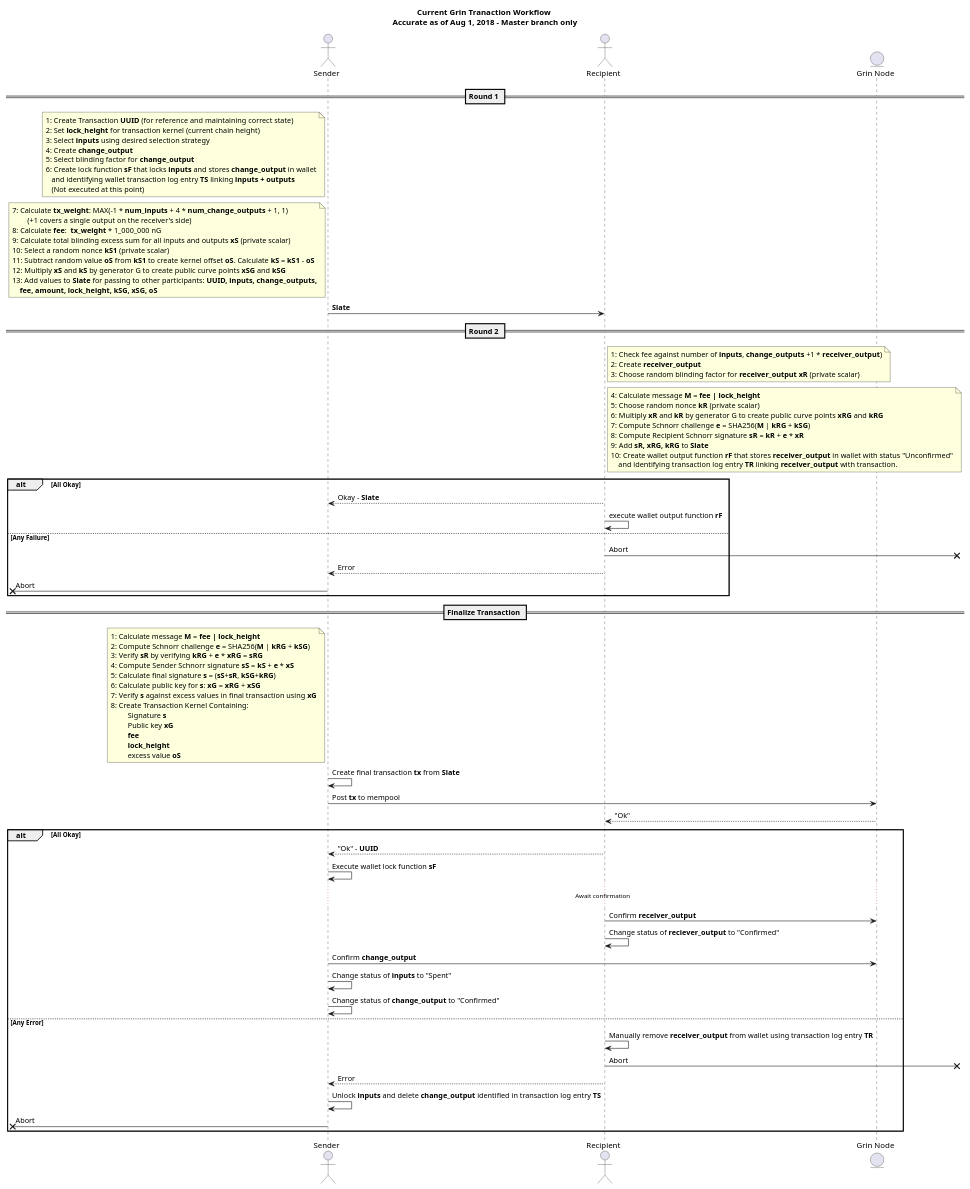
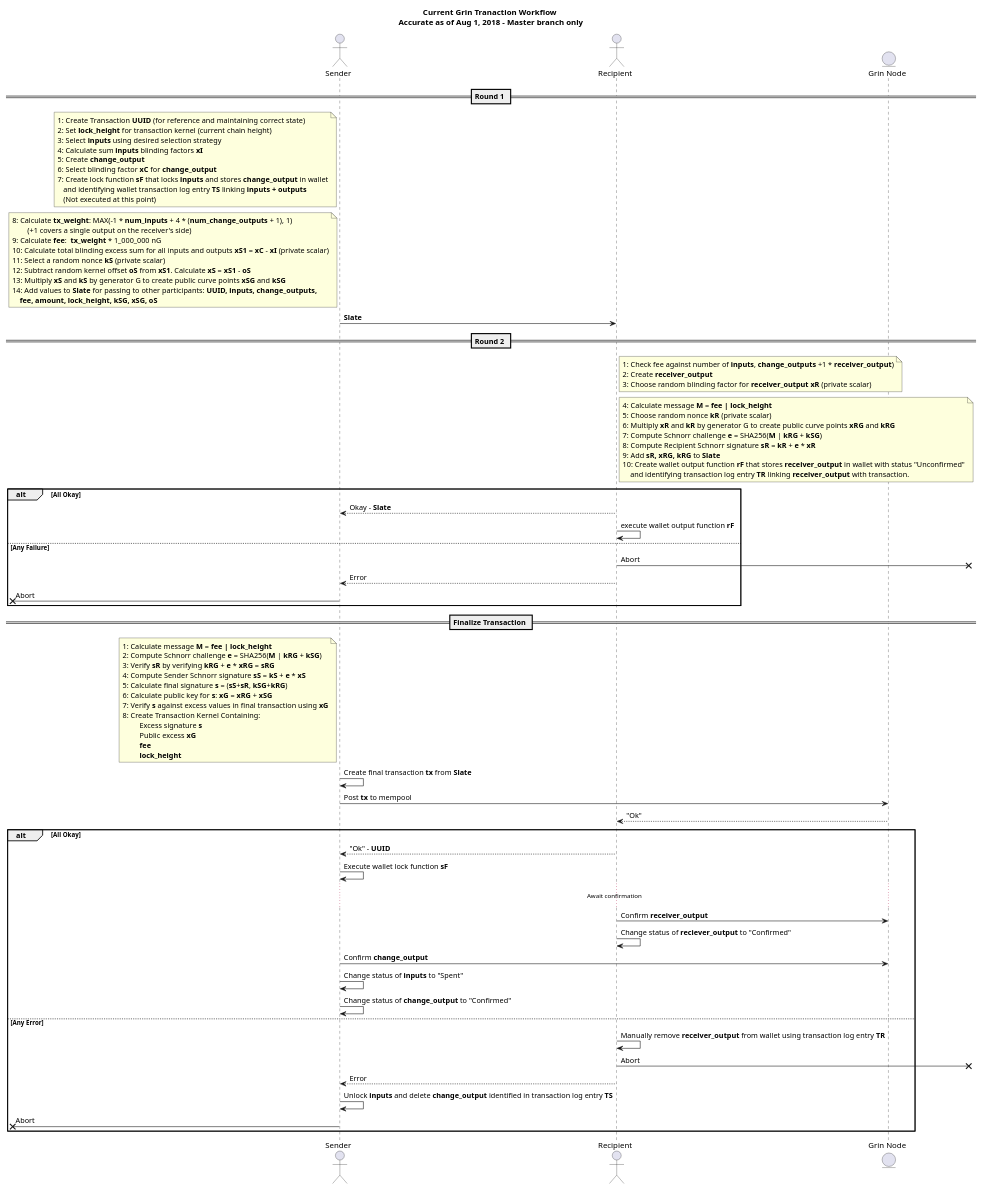
Before and after one commit to mimblewimble/grin: the diagram in doc/wallet/transaction/basic-transaction-wf.puml, drawn with PlantUML. The commit also changed 1 other file, not shown here.

Commit message:
Improved basic transaction diagram (#1313)
* Fixed basic transaction diagram
* Offset is not part of kernel (it is stored in the tx)
* Explicitly write down calculation of xS

```diff
--- a/doc/wallet/transaction/basic-transaction-wf.puml
+++ b/doc/wallet/transaction/basic-transaction-wf.puml
@@ -1,97 +1,97 @@
 @startuml grin-transaction
 
 title 
 **Current Grin Tranaction Workflow** 
 Accurate as of Aug 1, 2018 - Master branch only
 end title
 
 actor "Sender" as sender
 actor "Recipient" as recipient
 entity "Grin Node" as grin_node
 
 == Round 1 ==
 
 note left of sender
 	1: Create Transaction **UUID** (for reference and maintaining correct state)
 	2: Set **lock_height** for transaction kernel (current chain height)
 	3: Select **inputs** using desired selection strategy
-	4: Create **change_output** 
-	5: Select blinding factor for **change_output**
-	6: Create lock function **sF** that locks **inputs** and stores **change_output** in wallet
+	4: Calculate sum **inputs** blinding factors **xI**
+	5: Create **change_output**
+	6: Select blinding factor **xC** for **change_output**
+	7: Create lock function **sF** that locks **inputs** and stores **change_output** in wallet
 	   and identifying wallet transaction log entry **TS** linking **inputs + outputs**
 	   (Not executed at this point)
 end note
 note left of sender
-	7: Calculate **tx_weight**: MAX(-1 * **num_inputs** + 4 * **num_change_outputs** + 1, 1)
+	8: Calculate **tx_weight**: MAX(-1 * **num_inputs** + 4 * (**num_change_outputs** + 1), 1)
 		(+1 covers a single output on the receiver's side)
-	8: Calculate **fee**:  **tx_weight** * 1_000_000 nG
-	9: Calculate total blinding excess sum for all inputs and outputs **xS** (private scalar)
-	10: Select a random nonce **kS1** (private scalar)
-	11: Subtract random value **oS** from **kS1** to create kernel offset **oS**. Calculate **kS** = **kS1** - **oS**
-	12: Multiply **xS** and **kS** by generator G to create public curve points **xSG** and **kSG**
-	13: Add values to **Slate** for passing to other participants: **UUID, inputs, change_outputs,**
+	9: Calculate **fee**:  **tx_weight** * 1_000_000 nG
+	10: Calculate total blinding excess sum for all inputs and outputs **xS1** = **xC** - **xI** (private scalar)
+	11: Select a random nonce **kS** (private scalar)
+	12: Subtract random kernel offset **oS** from **xS1**. Calculate **xS** = **xS1** - **oS**
+	13: Multiply **xS** and **kS** by generator G to create public curve points **xSG** and **kSG**
+	14: Add values to **Slate** for passing to other participants: **UUID, inputs, change_outputs,**
 	    **fee, amount, lock_height, kSG, xSG, oS**
 end note
 sender -> recipient: **Slate**
 == Round 2 ==
 note right of recipient
 	1: Check fee against number of **inputs**, **change_outputs** +1 * **receiver_output**)
 	2: Create **receiver_output**
 	3: Choose random blinding factor for **receiver_output** **xR** (private scalar)
 end note
 note right of recipient
 	4: Calculate message **M** = **fee | lock_height **
 	5: Choose random nonce **kR** (private scalar)
 	6: Multiply **xR** and **kR** by generator G to create public curve points **xRG** and **kRG**
 	7: Compute Schnorr challenge **e** = SHA256(**M** | **kRG** + **kSG**)
 	8: Compute Recipient Schnorr signature **sR** = **kR** + **e** * **xR**
 	9: Add **sR, xRG, kRG** to **Slate**
 	10: Create wallet output function **rF** that stores **receiver_output** in wallet with status "Unconfirmed"
 	    and identifying transaction log entry **TR** linking **receiver_output** with transaction.
 end note
 alt All Okay
 recipient --> sender: Okay - **Slate**
 recipient -> recipient: execute wallet output function **rF**
 else Any Failure
 recipient ->x]: Abort
 recipient --> sender: Error
 [x<- sender: Abort
 end
 == Finalize Transaction ==
 note left of sender
 	1: Calculate message **M** = **fee | lock_height **
 	2: Compute Schnorr challenge **e** = SHA256(**M** | **kRG** + **kSG**)
 	3: Verify **sR** by verifying **kRG** + **e** * **xRG** = **sRG**
 	4: Compute Sender Schnorr signature **sS** = **kS** + **e** * **xS**
 	5: Calculate final signature **s** = (**sS**+**sR**, **kSG**+**kRG**)
 	6: Calculate public key for **s**: **xG** = **xRG** + **xSG**
 	7: Verify **s** against excess values in final transaction using **xG**
 	8: Create Transaction Kernel Containing:
-		 Signature **s**
-		 Public key **xG**
+		 Excess signature **s**
+		 Public excess **xG**
 		 **fee**
 		 **lock_height**
-		 excess value **oS**
 end note
 sender -> sender: Create final transaction **tx** from **Slate**
 sender -> grin_node: Post **tx** to mempool
 grin_node --> recipient: "Ok"
 alt All Okay
 recipient --> sender: "Ok" - **UUID**
 sender -> sender: Execute wallet lock function **sF**
 ...Await confirmation...
 recipient -> grin_node: Confirm **receiver_output**
 recipient -> recipient: Change status of **reciever_output** to "Confirmed"
 sender -> grin_node: Confirm **change_output**
 sender -> sender: Change status of **inputs** to "Spent"
 sender -> sender: Change status of **change_output** to "Confirmed"
 else Any Error
 recipient -> recipient: Manually remove **receiver_output** from wallet using transaction log entry **TR**
 recipient ->x]: Abort
 recipient --> sender: Error
 sender -> sender: Unlock **inputs** and delete **change_output** identified in transaction log entry **TS**
 [x<- sender: Abort
 end
 
 
 @enduml
```
